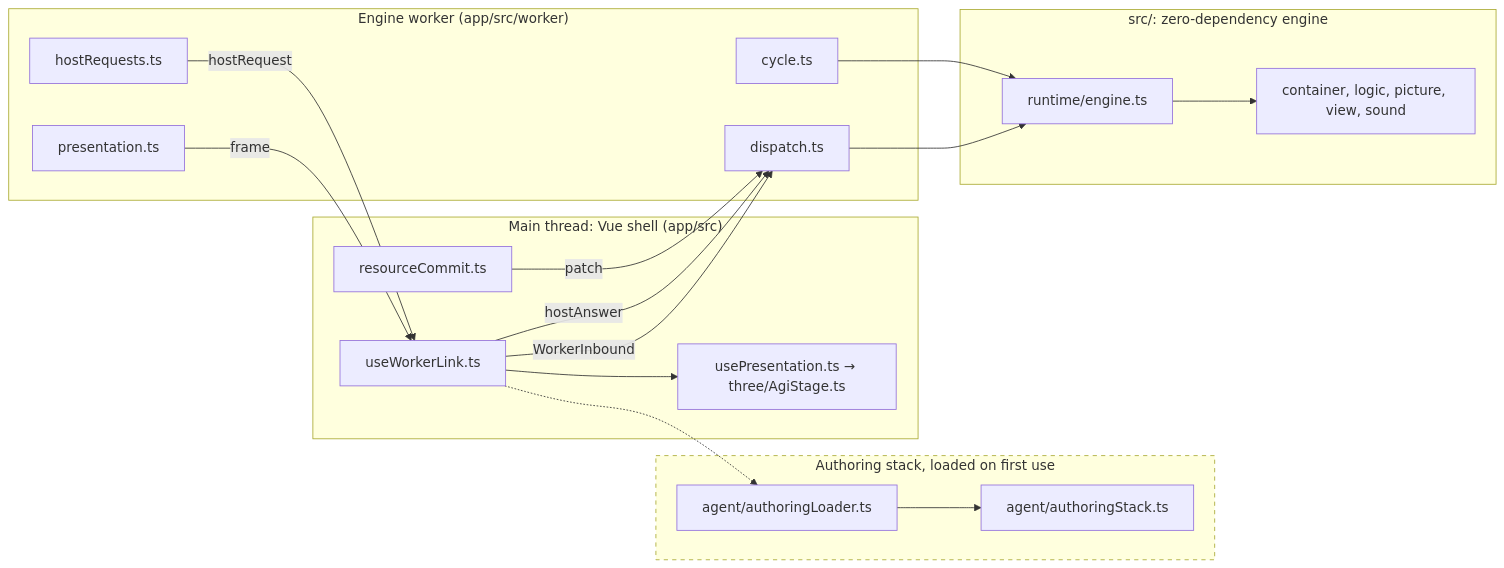
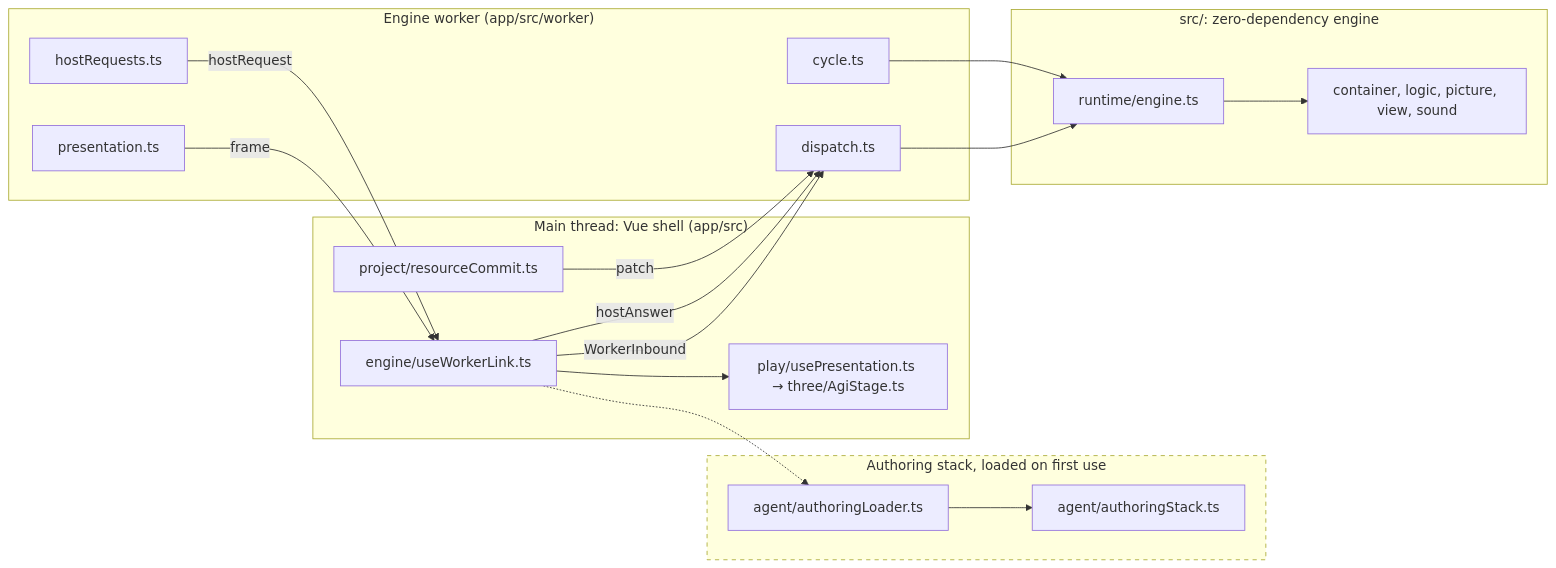
The diagram in CONTRIBUTING.md (monotio/agi), drawn with Mermaid before and after one commit. The commit also changed other lines of this file and 382 other files, not shown here.

First line of the commit message:
app: feature folders, so the tree explains the architecture

````diff
--- a/CONTRIBUTING.md
+++ b/CONTRIBUTING.md
@@ -106,32 +134,32 @@
 ```mermaid
 flowchart LR
   subgraph shell["Main thread: Vue shell (app/src)"]
-    link["useWorkerLink.ts"]
-    present["usePresentation.ts → three/AgiStage.ts"]
-    commit["resourceCommit.ts"]
+    link["engine/useWorkerLink.ts"]
+    present["play/usePresentation.ts → three/AgiStage.ts"]
+    commit["project/resourceCommit.ts"]
   end
   subgraph lazy["Authoring stack, loaded on first use"]
     loader["agent/authoringLoader.ts"] --> stack["agent/authoringStack.ts"]
   end
   subgraph worker["Engine worker (app/src/worker)"]
     dispatch["dispatch.ts"]
     cycle["cycle.ts"]
     presentation["presentation.ts"]
     hostRequests["hostRequests.ts"]
   end
   subgraph engine["src/: zero-dependency engine"]
     runtime["runtime/engine.ts"]
     formats["container, logic, picture, view, sound"]
   end
   link -->|WorkerInbound| dispatch
   presentation -->|frame| link
   hostRequests -->|hostRequest| link
   link -->|hostAnswer| dispatch
   commit -->|patch| dispatch
   link -.-> loader
   link --> present
   dispatch --> runtime
   cycle --> runtime
   runtime --> formats
   style lazy stroke-dasharray: 5 5
 ```
````
